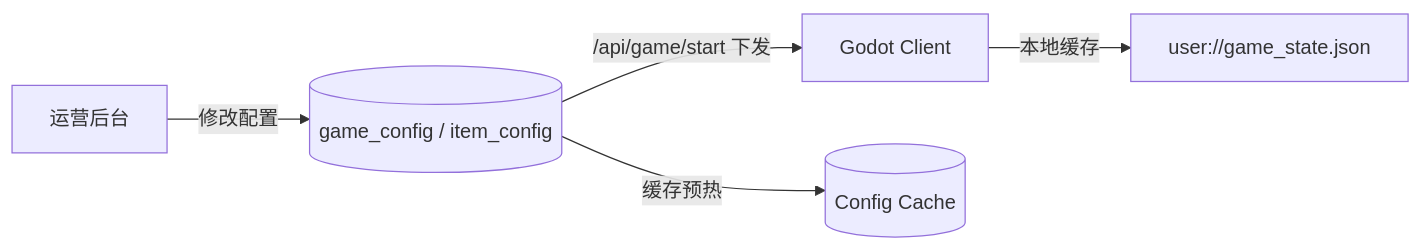
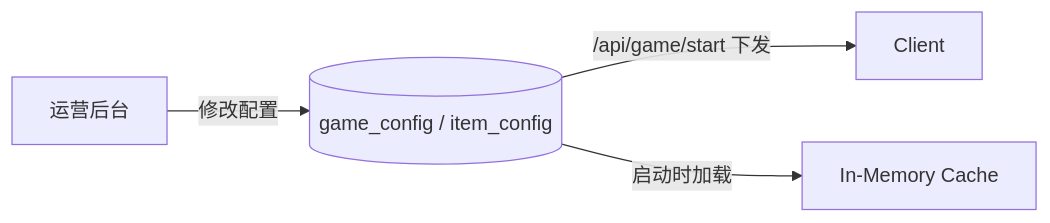
One commit to Lwin993/my-poker-roguelike changed the seventh of 8 diagrams in docs/poker_roguelike_tech_spec.md. Above: the diagram before and after it, drawn with Mermaid. The commit also changed other lines of this file and 62 other files, not shown here.

````diff
--- a/docs/poker_roguelike_tech_spec.md
+++ b/docs/poker_roguelike_tech_spec.md
@@ -2021,7 +1198,6 @@
 ```mermaid
 flowchart LR
-    Admin[运营后台] -->|修改配置| MySQL[(game_config / item_config)]
-    MySQL -->|/api/game/start 下发| Client[Godot Client]
-    MySQL -->|缓存预热| Redis[(Config Cache)]
-    Client -->|本地缓存| LocalFile[user://game_state.json]
+    Admin[运营后台] -->|修改配置| SQLite[(game_config / item_config)]
+    SQLite -->|/api/game/start 下发| Client[Client]
+    SQLite -->|启动时加载| InMem[In-Memory Cache]
 ```
````
